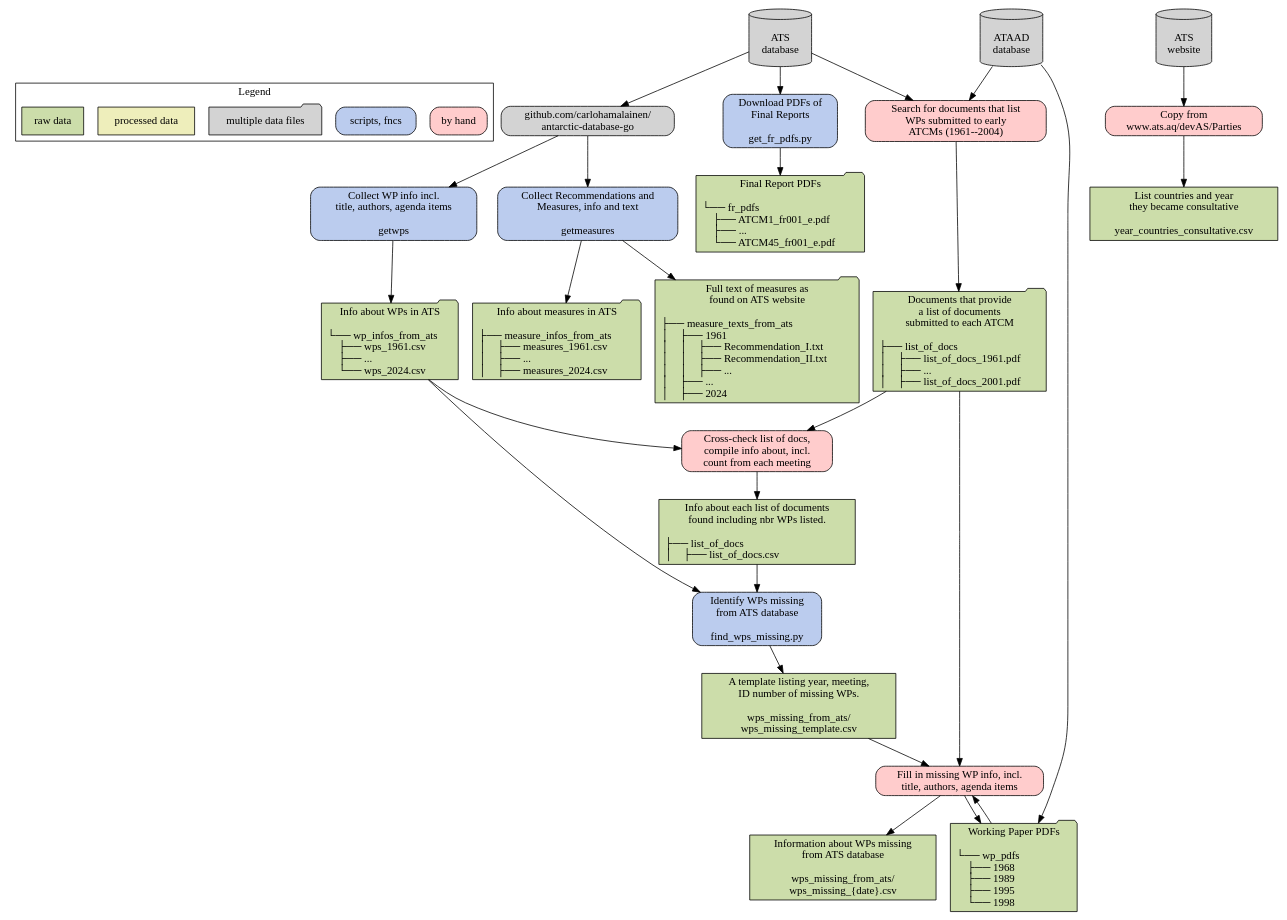
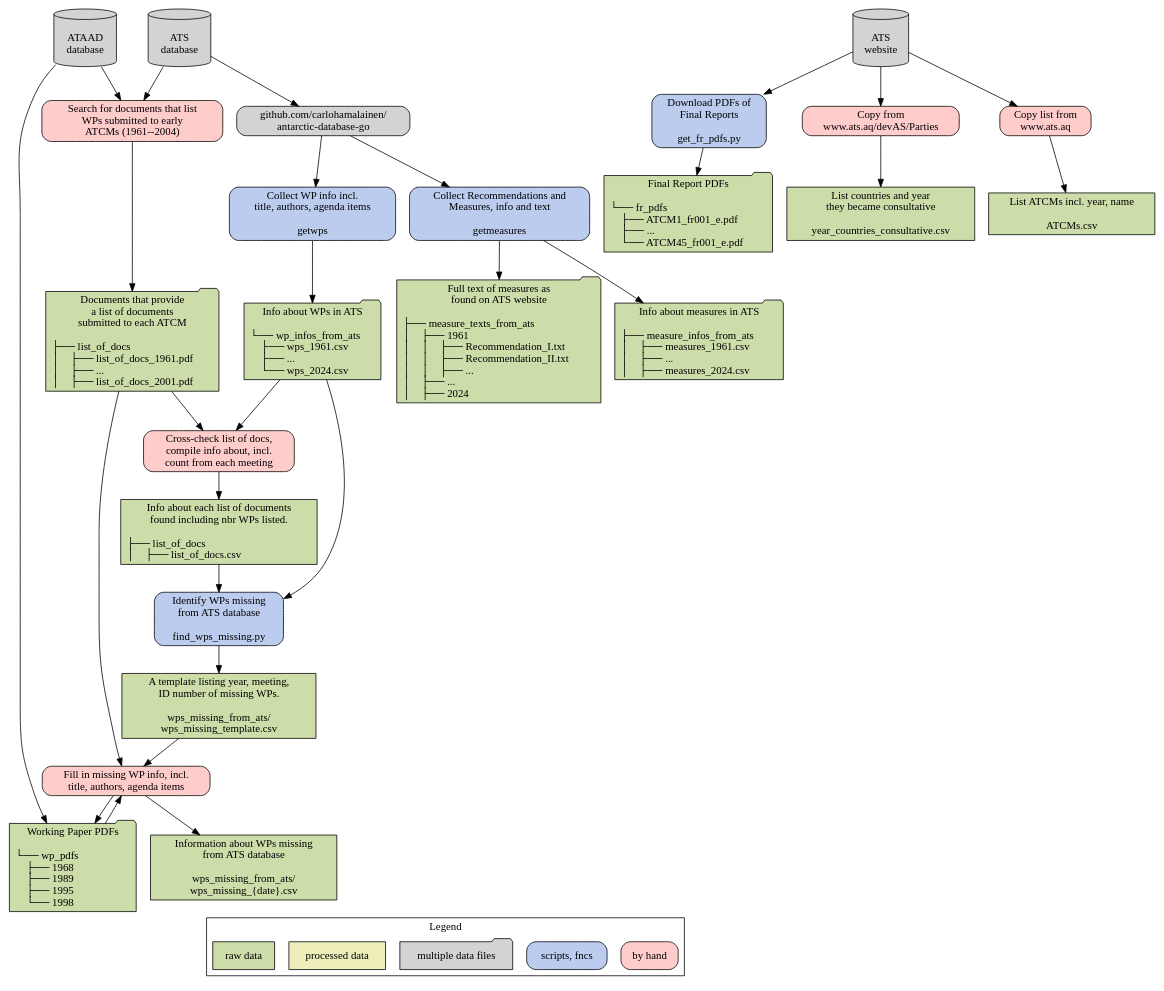
The diagram in docs/data_raw/data_raw.dot (nadiahpk/antarctic-treaty-system-investigation), drawn with Graphviz before and after one commit. The commit also changed 2 other files, not shown here.

Commit message:
add ATCM year, name data

```diff
--- a/docs/data_raw/data_raw.dot
+++ b/docs/data_raw/data_raw.dot
@@ -1,83 +1,88 @@
 digraph {
 	graph [rankdir=TD];
 	node [label="\N", shape=rectangle, color="black"];
 
     // legend - separate out at end
     subgraph cluster_legend {
         label="Legend";
         leg3 [label="by hand", fillcolor="#ffcccc", style="rounded, filled"];
         // leg5 [label="scripts, fncs w. LLM", fillcolor="#cceeff", style="rounded, filled"];
         leg2 [label="scripts, fncs", fillcolor="#bbccee", style="rounded, filled"];
         leg4 [label="multiple data files", fillcolor="lightgray", style="filled", shape=folder];
         leg1 [label="processed data", fillcolor="#eeeebb", style="filled"];
         leg0 [label="raw data", fillcolor="#ccddaa", style="filled"];
+        {rank="same" leg1 leg0 leg4 leg2 leg3};
     }
 
     // nodes
     { // databases
         node [fillcolor="lightgray", style="filled", shape="cylinder"];
         ATS [label="\nATS\ndatabase"];
         ATAAD [label="\nATAAD\ndatabase"];
         ATS_web [label="\nATS\nwebsite"];
         {rank="source" ATS ATAAD ATS_web};
     }
     { // Carlo's package
         node [style="rounded, filled", fillcolor="lightgray"];
         adg [label="github.com/carlohamalainen/\nantarctic-database-go"];
     }
     { // scripts and functions
         node [style="rounded, filled"];
         { // No LLM
             node [fillcolor="#bbccee"];
             getwps [label="Collect WP info incl.\ntitle, authors, agenda items\n\ngetwps"];
             getmeasures [label="Collect Recommendations and\nMeasures, info and text\n\ngetmeasures"];
             find_wps_missing [label="Identify WPs missing\nfrom ATS database\n\nfind_wps_missing.py"];
             get_fr_pdfs [label="Download PDFs of\nFinal Reports\n\nget_fr_pdfs.py"];
         }
         { // LLM
             node [fillcolor="#cceeff"];
         }
     { // raw data
         node [fillcolor="#ccddaa", style="filled"];
         wp_infos_ats [label="Info about WPs in ATS\n\l└── wp_infos_from_ats\l     ├── wps_1961.csv\l     ├── ...\l     └── wps_2024.csv\l",shape="folder"];
         measure_infos_ats [label="Info about measures in ATS\n\l├── measure_infos_from_ats\l│    ├── measures_1961.csv\l│    ├── ...\l│    ├── measures_2024.csv\l",shape="folder"];
         measure_texts_ats [label="Full text of measures as\n found on ATS website\n\l├── measure_texts_from_ats\l│    ├── 1961\l│    │    ├── Recommendation_I.txt\l│    │    ├── Recommendation_II.txt\l│    │    ├── ...\l│    ├── ...\l│    ├── 2024\l",shape="folder"];
         list_of_docs_pdf [label="Documents that provide\na list of documents\nsubmitted to each ATCM\n\l├── list_of_docs\l│    ├── list_of_docs_1961.pdf\l│    ├── ...\l│    ├── list_of_docs_2001.pdf\l",shape="folder"];
         list_of_docs_csv [label="Info about each list of documents\nfound including nbr WPs listed.\n\n├── list_of_docs\l│    ├── list_of_docs.csv\l"];
         wps_missing_template [label="A template listing year, meeting,\nID number of missing WPs.\n\nwps_missing_from_ats/\nwps_missing_template.csv"];
         wps_missing_csv [label="Information about WPs missing\nfrom ATS database\n\nwps_missing_from_ats/\nwps_missing_{date}.csv"];
         wp_pdfs [label="Working Paper PDFs\n\n└── wp_pdfs\l     ├── 1968\l     ├── 1989\l     ├── 1995\l     └── 1998\l",shape="folder"];
         fr_pdfs [label="Final Report PDFs\n\n└── fr_pdfs\l     ├── ATCM1_fr001_e.pdf\l     ├── ...\l     └── ATCM45_fr001_e.pdf\l",shape="folder"];
         year_countries_consultative [label="List countries and year\nthey became consultative\n\nyear_countries_consultative.csv"];
+        ATCMs [label="List ATCMs incl. year, name\n\nATCMs.csv"];
     }
 
     { // processed-data nodes
         node [fillcolor="#eeeebb", style="filled"];
         // node_name [label="words\n\nfile.txt"];
     }
     }
     { // by hand
         node [fillcolor="#ffcccc", style="rounded, filled"];
         search_list_of_docs [label="Search for documents that list\nWPs submitted to early\nATCMs (1961--2004)"];
         read_list_of_docs [label="Cross-check list of docs,\ncompile info about, incl.\ncount from each meeting"];
         fill_in_missing_wps [label="Fill in missing WP info, incl.\ntitle, authors, agenda items"];
         dload_year_countries_consultative [label="Copy from\nwww.ats.aq/devAS/Parties"];
+        dload_ATCMs [label="Copy list from\nwww.ats.aq"];
     }
     { // Result
         node [shape="plaintext"];
         // dot_graph [label="Graph of connections between\n WPs, Recs, past and future meetings", fontsize="16"];
     }
 
     // connections
     ATS -> adg -> {getwps, getmeasures};
     getwps -> wp_infos_ats;
     getmeasures -> {measure_infos_ats, measure_texts_ats};
     {ATS, ATAAD} -> search_list_of_docs -> list_of_docs_pdf;
     {wp_infos_ats, list_of_docs_pdf} -> read_list_of_docs -> list_of_docs_csv;
     {wp_infos_ats, list_of_docs_csv} -> find_wps_missing -> wps_missing_template;
     {wps_missing_template, list_of_docs_pdf} -> fill_in_missing_wps -> wps_missing_csv;
     fill_in_missing_wps -> wp_pdfs -> fill_in_missing_wps;
     ATAAD -> wp_pdfs;
-    ATS -> get_fr_pdfs -> fr_pdfs;
+    ATS_web -> get_fr_pdfs -> fr_pdfs;
     ATS_web -> dload_year_countries_consultative -> year_countries_consultative;
+    ATS_web -> dload_ATCMs -> ATCMs;
+    wps_missing_csv -> leg0 [style="invis"];
 }
```
